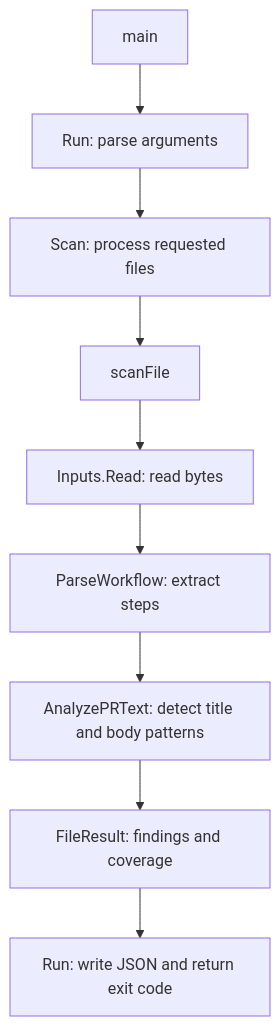
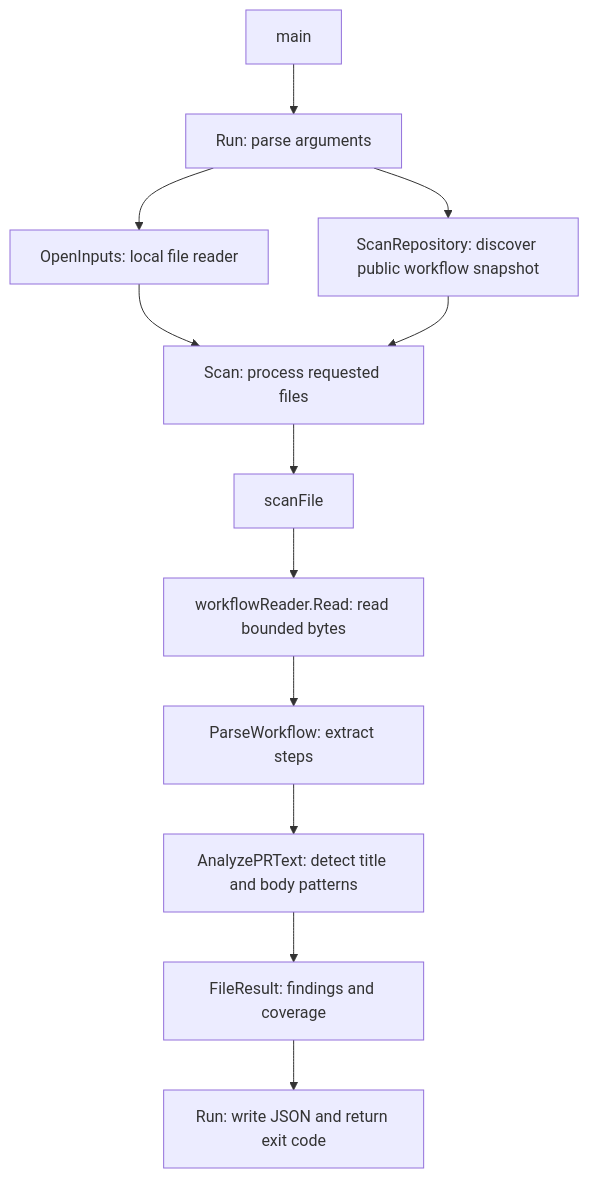
Before and after one commit to zorosz/workflow-hardener: the diagram in docs/ARCHITECTURE.md, drawn with Mermaid. The commit also changed other lines of this file and 8 other files, not shown here.

Commit message:
Add public repository scans and manual GitHub workflow

````diff
--- a/docs/ARCHITECTURE.md
+++ b/docs/ARCHITECTURE.md
@@ -5,11 +5,14 @@
 ```mermaid
 flowchart TD
     MAIN[main] --> CLI[Run: parse arguments]
-    CLI --> SCAN[Scan: process requested files]
+    CLI --> LOCAL[OpenInputs: local file reader]
+    CLI --> REMOTE[ScanRepository: discover public workflow snapshot]
+    LOCAL --> SCAN[Scan: process requested files]
+    REMOTE --> SCAN
     SCAN --> ONE[scanFile]
-    ONE --> READ[Inputs.Read: read bytes]
+    ONE --> READ[workflowReader.Read: read bounded bytes]
     READ --> PARSE[ParseWorkflow: extract steps]
     PARSE --> RULE[AnalyzePRText: detect title and body patterns]
     RULE --> RESULT[FileResult: findings and coverage]
     RESULT --> REPORT[Run: write JSON and return exit code]
 ```
````
